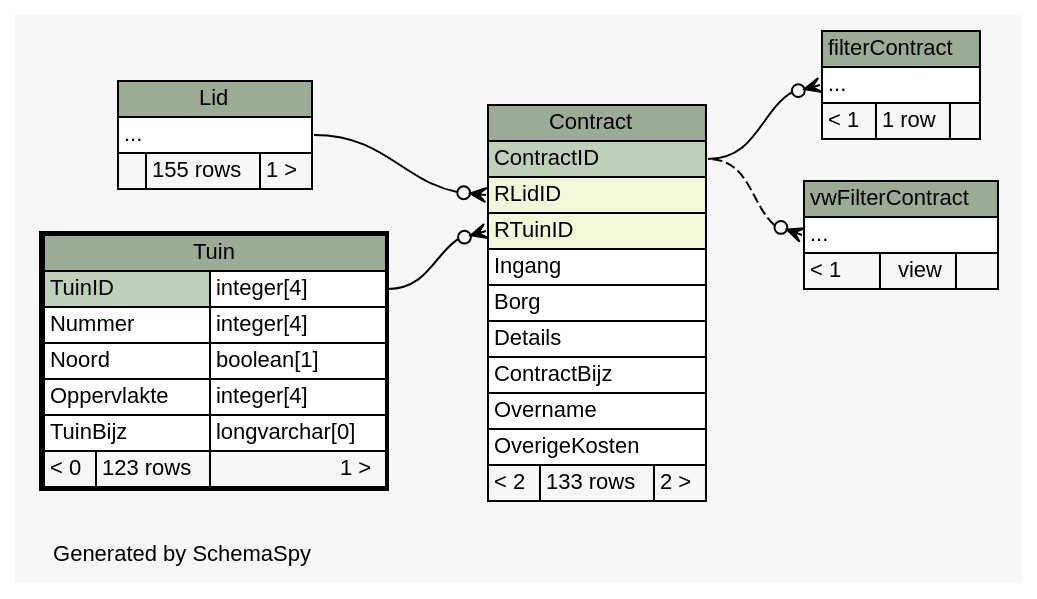
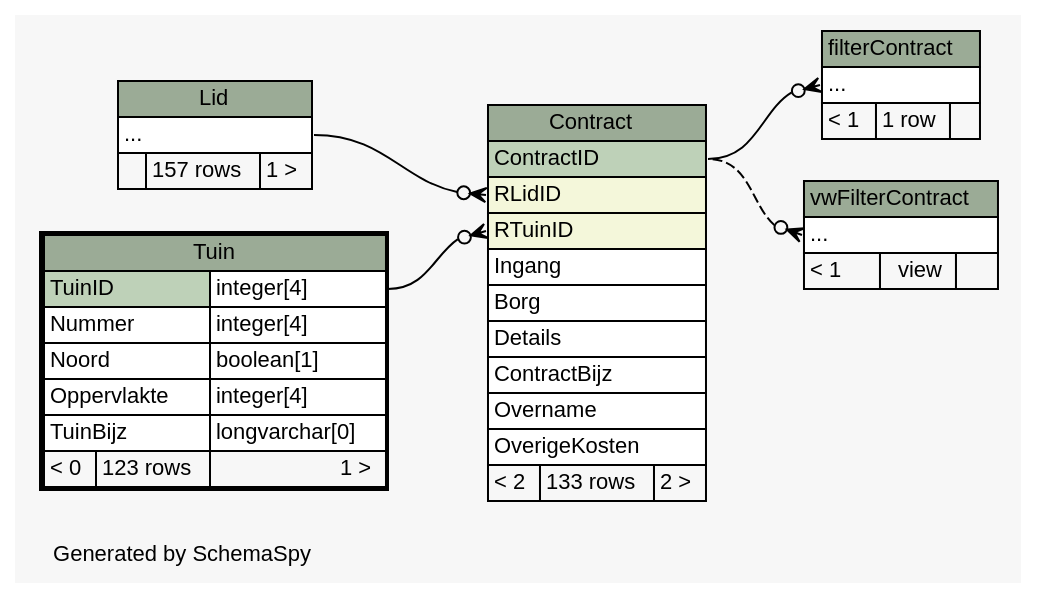
Before and after one commit to slspeek/ona-volkstuin: the diagram in db-schema-docs/diagrams/Tuin.implied2degrees.dot, drawn with Graphviz. The commit also changed 84 other files, not shown here.

```diff
--- a/db-schema-docs/diagrams/Tuin.implied2degrees.dot
+++ b/db-schema-docs/diagrams/Tuin.implied2degrees.dot
@@ -1,88 +1,88 @@
 // dot 2.40.1 on Linux 4.19.0-6-amd64
 // SchemaSpy rev 590
 digraph "impliedTwoDegreesRelationshipsDiagram" {
   graph [
     rankdir="RL"
     bgcolor="#f7f7f7"
     label="\nGenerated by SchemaSpy"
     labeljust="l"
     nodesep="0.18"
     ranksep="0.46"
     fontname="Helvetica"
     fontsize="11"
   ];
   node [
     fontname="Helvetica"
     fontsize="11"
     shape="plaintext"
   ];
   edge [
     arrowsize="0.8"
   ];
   "Contract":"RLidID":w -> "Lid":"elipses":e [arrowhead=none dir=back arrowtail=crowodot];
   "Contract":"RTuinID":w -> "Tuin":"TuinID.type":e [arrowhead=none dir=back arrowtail=crowodot];
   "filterContract":"elipses":w -> "Contract":"ContractID":e [arrowhead=none dir=back arrowtail=crowodot];
   "vwFilterContract":"elipses":w -> "Contract":"ContractID":e [arrowhead=none dir=back arrowtail=crowodot style=dashed];
   "Contract" [
     label=<
     <TABLE BORDER="0" CELLBORDER="1" CELLSPACING="0" BGCOLOR="#ffffff">
       <TR><TD COLSPAN="3" BGCOLOR="#9bab96" ALIGN="CENTER">Contract</TD></TR>
       <TR><TD PORT="ContractID" COLSPAN="3" BGCOLOR="#bed1b8" ALIGN="LEFT">ContractID</TD></TR>
       <TR><TD PORT="RLidID" COLSPAN="3" BGCOLOR="#f4f7da" ALIGN="LEFT">RLidID</TD></TR>
       <TR><TD PORT="RTuinID" COLSPAN="3" BGCOLOR="#f4f7da" ALIGN="LEFT">RTuinID</TD></TR>
       <TR><TD PORT="Ingang" COLSPAN="3" ALIGN="LEFT">Ingang</TD></TR>
       <TR><TD PORT="Borg" COLSPAN="3" ALIGN="LEFT">Borg</TD></TR>
       <TR><TD PORT="Details" COLSPAN="3" ALIGN="LEFT">Details</TD></TR>
       <TR><TD PORT="ContractBijz" COLSPAN="3" ALIGN="LEFT">ContractBijz</TD></TR>
       <TR><TD PORT="Overname" COLSPAN="3" ALIGN="LEFT">Overname</TD></TR>
       <TR><TD PORT="OverigeKosten" COLSPAN="3" ALIGN="LEFT">OverigeKosten</TD></TR>
       <TR><TD ALIGN="LEFT" BGCOLOR="#f7f7f7">&lt; 2</TD><TD ALIGN="RIGHT" BGCOLOR="#f7f7f7">133 rows</TD><TD ALIGN="RIGHT" BGCOLOR="#f7f7f7">2 &gt;</TD></TR>
     </TABLE>>
     URL="Contract.html"
     tooltip="Contract"
   ];
   "filterContract" [
     label=<
     <TABLE BORDER="0" CELLBORDER="1" CELLSPACING="0" BGCOLOR="#ffffff">
       <TR><TD COLSPAN="3" BGCOLOR="#9bab96" ALIGN="CENTER">filterContract</TD></TR>
       <TR><TD PORT="elipses" COLSPAN="3" ALIGN="LEFT">...</TD></TR>
       <TR><TD ALIGN="LEFT" BGCOLOR="#f7f7f7">&lt; 1</TD><TD ALIGN="RIGHT" BGCOLOR="#f7f7f7">1 row</TD><TD ALIGN="RIGHT" BGCOLOR="#f7f7f7">  </TD></TR>
     </TABLE>>
     URL="filterContract.html"
     tooltip="filterContract"
   ];
   "Lid" [
     label=<
     <TABLE BORDER="0" CELLBORDER="1" CELLSPACING="0" BGCOLOR="#ffffff">
       <TR><TD COLSPAN="3" BGCOLOR="#9bab96" ALIGN="CENTER">Lid</TD></TR>
       <TR><TD PORT="elipses" COLSPAN="3" ALIGN="LEFT">...</TD></TR>
-      <TR><TD ALIGN="LEFT" BGCOLOR="#f7f7f7">  </TD><TD ALIGN="RIGHT" BGCOLOR="#f7f7f7">155 rows</TD><TD ALIGN="RIGHT" BGCOLOR="#f7f7f7">1 &gt;</TD></TR>
+      <TR><TD ALIGN="LEFT" BGCOLOR="#f7f7f7">  </TD><TD ALIGN="RIGHT" BGCOLOR="#f7f7f7">157 rows</TD><TD ALIGN="RIGHT" BGCOLOR="#f7f7f7">1 &gt;</TD></TR>
     </TABLE>>
     URL="Lid.html"
     tooltip="Lid"
   ];
   "Tuin" [
     label=<
     <TABLE BORDER="2" CELLBORDER="1" CELLSPACING="0" BGCOLOR="#ffffff">
       <TR><TD COLSPAN="3" BGCOLOR="#9bab96" ALIGN="CENTER">Tuin</TD></TR>
       <TR><TD PORT="TuinID" COLSPAN="2" BGCOLOR="#bed1b8" ALIGN="LEFT">TuinID</TD><TD PORT="TuinID.type" ALIGN="LEFT">integer[4]</TD></TR>
       <TR><TD PORT="Nummer" COLSPAN="2" ALIGN="LEFT">Nummer</TD><TD PORT="Nummer.type" ALIGN="LEFT">integer[4]</TD></TR>
       <TR><TD PORT="Noord" COLSPAN="2" ALIGN="LEFT">Noord</TD><TD PORT="Noord.type" ALIGN="LEFT">boolean[1]</TD></TR>
       <TR><TD PORT="Oppervlakte" COLSPAN="2" ALIGN="LEFT">Oppervlakte</TD><TD PORT="Oppervlakte.type" ALIGN="LEFT">integer[4]</TD></TR>
       <TR><TD PORT="TuinBijz" COLSPAN="2" ALIGN="LEFT">TuinBijz</TD><TD PORT="TuinBijz.type" ALIGN="LEFT">longvarchar[0]</TD></TR>
       <TR><TD ALIGN="LEFT" BGCOLOR="#f7f7f7">&lt; 0</TD><TD ALIGN="RIGHT" BGCOLOR="#f7f7f7">123 rows</TD><TD ALIGN="RIGHT" BGCOLOR="#f7f7f7">1 &gt;</TD></TR>
     </TABLE>>
     URL="Tuin.html"
     tooltip="Tuin"
   ];
   "vwFilterContract" [
     label=<
     <TABLE BORDER="0" CELLBORDER="1" CELLSPACING="0" BGCOLOR="#ffffff">
       <TR><TD COLSPAN="3" BGCOLOR="#9bab96" ALIGN="CENTER">vwFilterContract</TD></TR>
       <TR><TD PORT="elipses" COLSPAN="3" ALIGN="LEFT">...</TD></TR>
       <TR><TD ALIGN="LEFT" BGCOLOR="#f7f7f7">&lt; 1</TD><TD ALIGN="RIGHT" BGCOLOR="#f7f7f7">view</TD><TD ALIGN="RIGHT" BGCOLOR="#f7f7f7">  </TD></TR>
     </TABLE>>
     URL="vwFilterContract.html"
     tooltip="vwFilterContract"
   ];
 }
```
